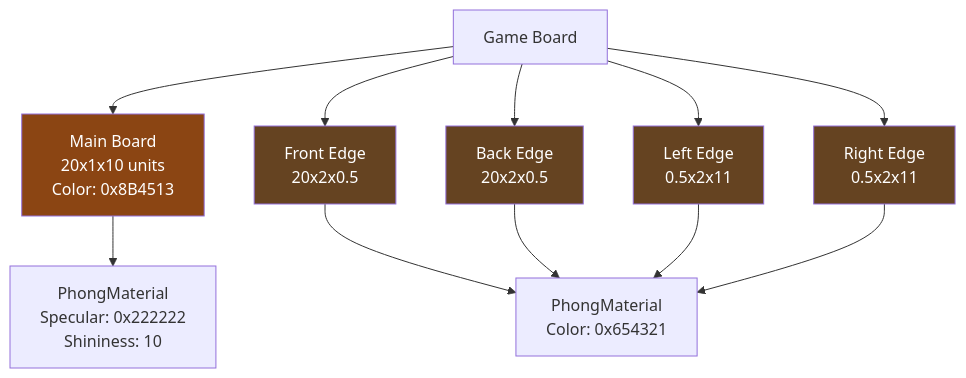
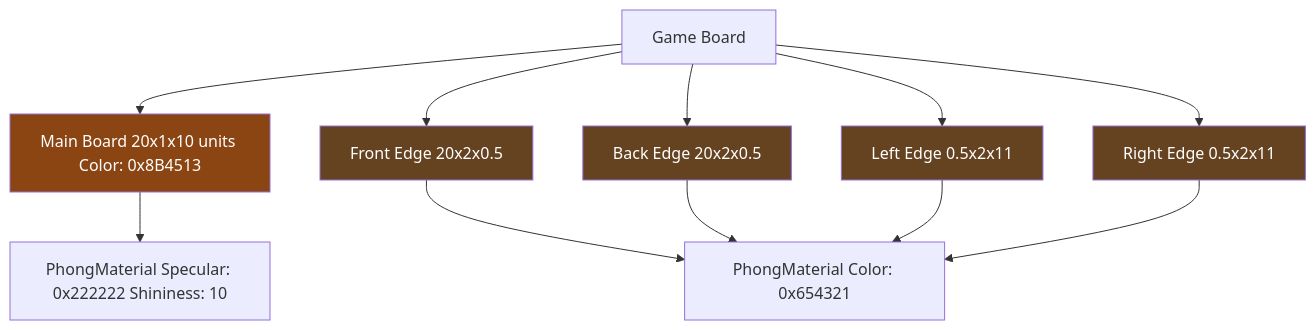
Before and after one commit to softwarewrighter/shut_the_box: the fourth of 15 diagrams in wiki/Frontend-3D.md, drawn with Mermaid. The commit also changed other lines of this file and 5 other files, not shown here.

````diff
--- a/wiki/Frontend-3D.md
+++ b/wiki/Frontend-3D.md
@@ -118,20 +118,20 @@
 ```mermaid
 graph TD
-    BOARD[Game Board] --> MAIN[Main Board<br/>20x1x10 units<br/>Color: 0x8B4513]
-    BOARD --> FRONT[Front Edge<br/>20x2x0.5]
-    BOARD --> BACK[Back Edge<br/>20x2x0.5]
-    BOARD --> LEFT[Left Edge<br/>0.5x2x11]
-    BOARD --> RIGHT[Right Edge<br/>0.5x2x11]
+    BOARD[Game Board] --> MAIN[Main Board 20x1x10 units Color: 0x8B4513]
+    BOARD --> FRONT[Front Edge 20x2x0.5]
+    BOARD --> BACK[Back Edge 20x2x0.5]
+    BOARD --> LEFT[Left Edge 0.5x2x11]
+    BOARD --> RIGHT[Right Edge 0.5x2x11]
 
-    MAIN --> MAT1[PhongMaterial<br/>Specular: 0x222222<br/>Shininess: 10]
-    FRONT --> MAT2[PhongMaterial<br/>Color: 0x654321]
+    MAIN --> MAT1[PhongMaterial Specular: 0x222222 Shininess: 10]
+    FRONT --> MAT2[PhongMaterial Color: 0x654321]
     BACK --> MAT2
     LEFT --> MAT2
     RIGHT --> MAT2
 
     style MAIN fill:#8B4513,color:#fff
     style FRONT fill:#654321,color:#fff
     style BACK fill:#654321,color:#fff
     style LEFT fill:#654321,color:#fff
     style RIGHT fill:#654321,color:#fff
 ```
````
